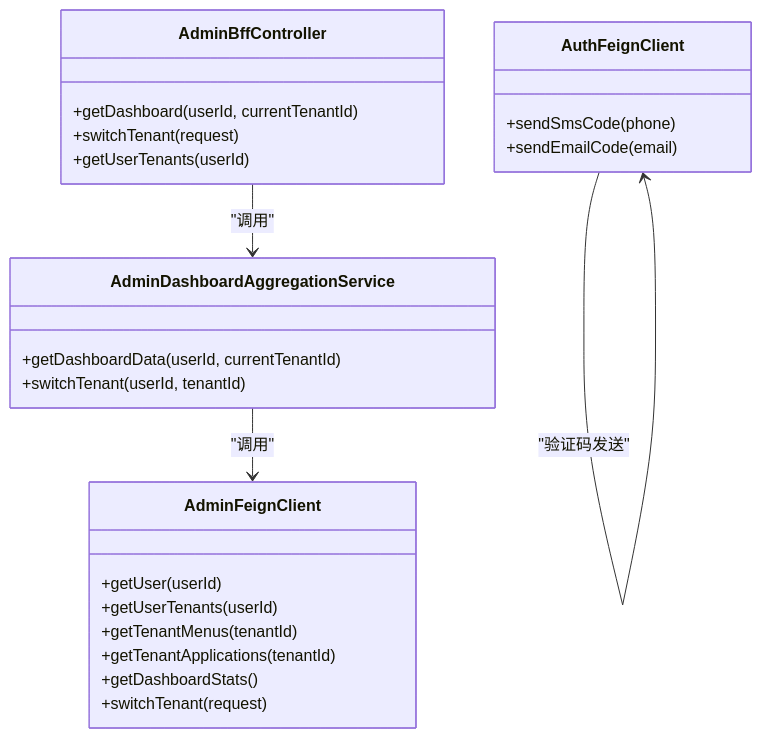
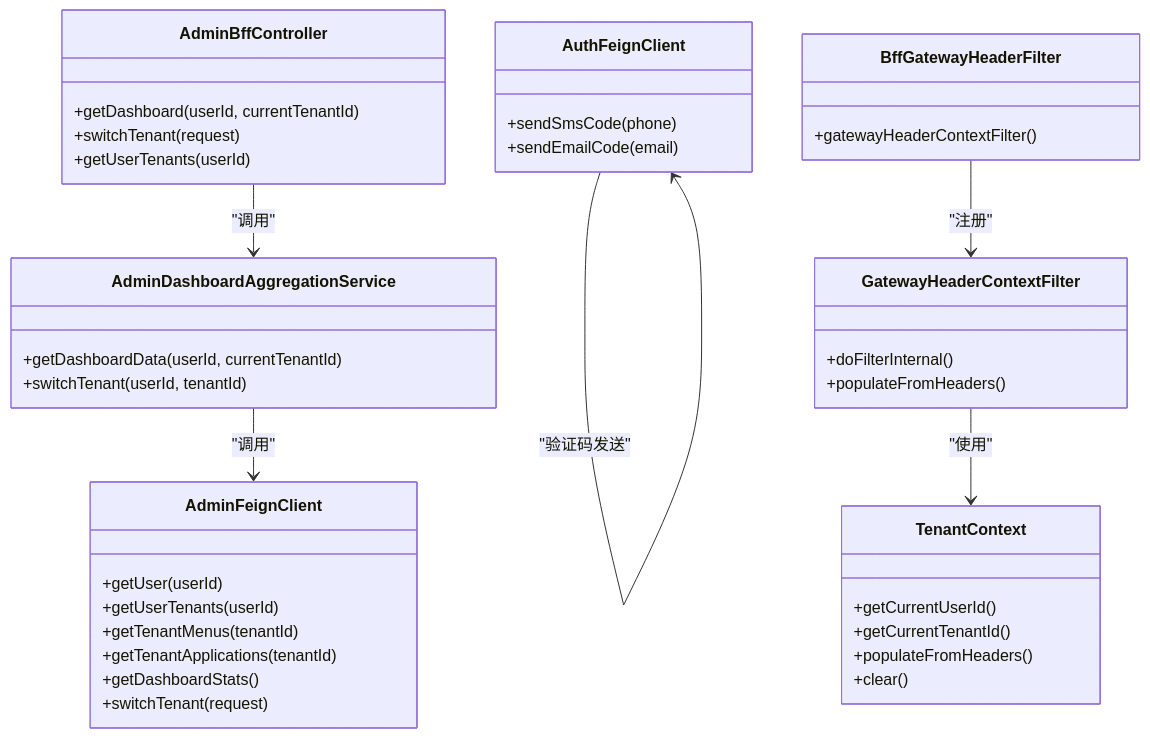
One commit to fq0121104930716/iam-platform changed the seventh of 8 diagrams in .qoder/repowiki/zh/content/核心模块/前端代理服务器 (iam-bff-server).md. Above: the diagram before and after it, drawn with Mermaid. The commit also changed other lines of this file and 13 other files, not shown here.

````diff
--- a/.qoder/repowiki/zh/content/核心模块/前端代理服务器 (iam-bff-server).md
+++ b/.qoder/repowiki/zh/content/核心模块/前端代理服务器 (iam-bff-server).md
@@ -351,27 +406,42 @@
 ```mermaid
 classDiagram
 class AdminDashboardAggregationService {
 +getDashboardData(userId, currentTenantId)
 +switchTenant(userId, tenantId)
 }
 class AdminBffController {
 +getDashboard(userId, currentTenantId)
 +switchTenant(request)
 +getUserTenants(userId)
 }
 class AdminFeignClient {
 +getUser(userId)
 +getUserTenants(userId)
 +getTenantMenus(tenantId)
 +getTenantApplications(tenantId)
 +getDashboardStats()
 +switchTenant(request)
 }
 class AuthFeignClient {
 +sendSmsCode(phone)
 +sendEmailCode(email)
 }
+class BffGatewayHeaderFilter {
++gatewayHeaderContextFilter()
+}
+class GatewayHeaderContextFilter {
++doFilterInternal()
++populateFromHeaders()
+}
+class TenantContext {
++getCurrentUserId()
++getCurrentTenantId()
++populateFromHeaders()
++clear()
+}
 AdminBffController --> AdminDashboardAggregationService : "调用"
 AdminDashboardAggregationService --> AdminFeignClient : "调用"
 AuthFeignClient --> AuthFeignClient : "验证码发送"
+BffGatewayHeaderFilter --> GatewayHeaderContextFilter : "注册"
+GatewayHeaderContextFilter --> TenantContext : "使用"
 ```
````
